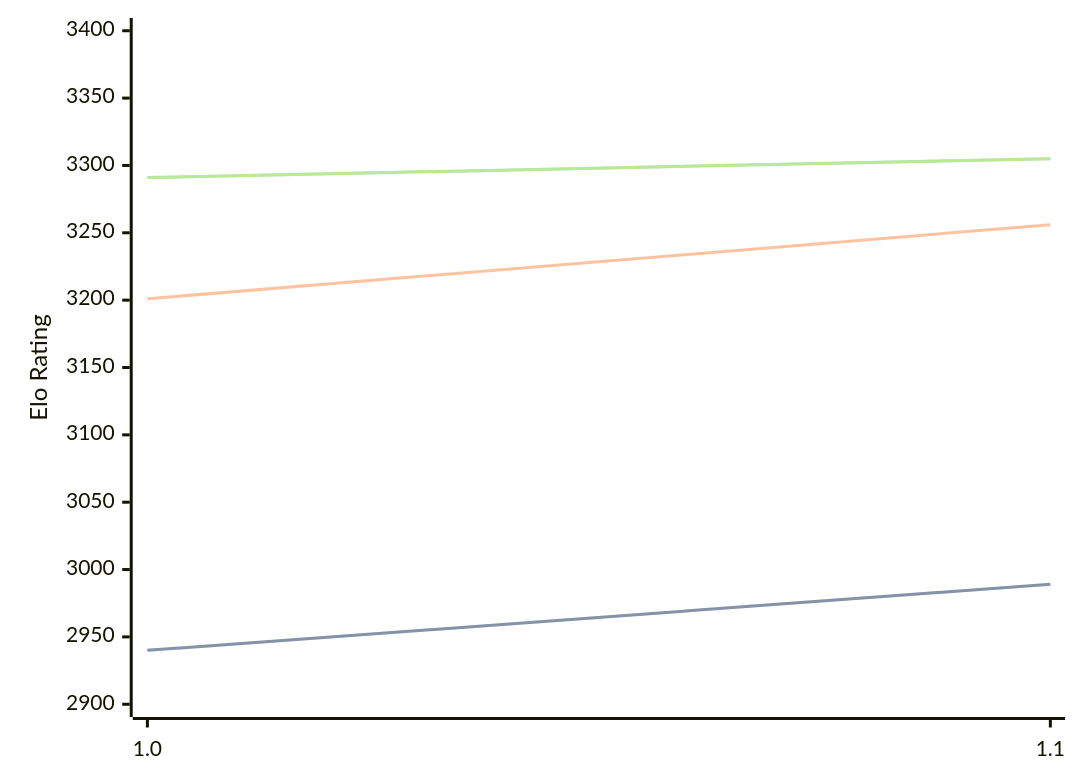
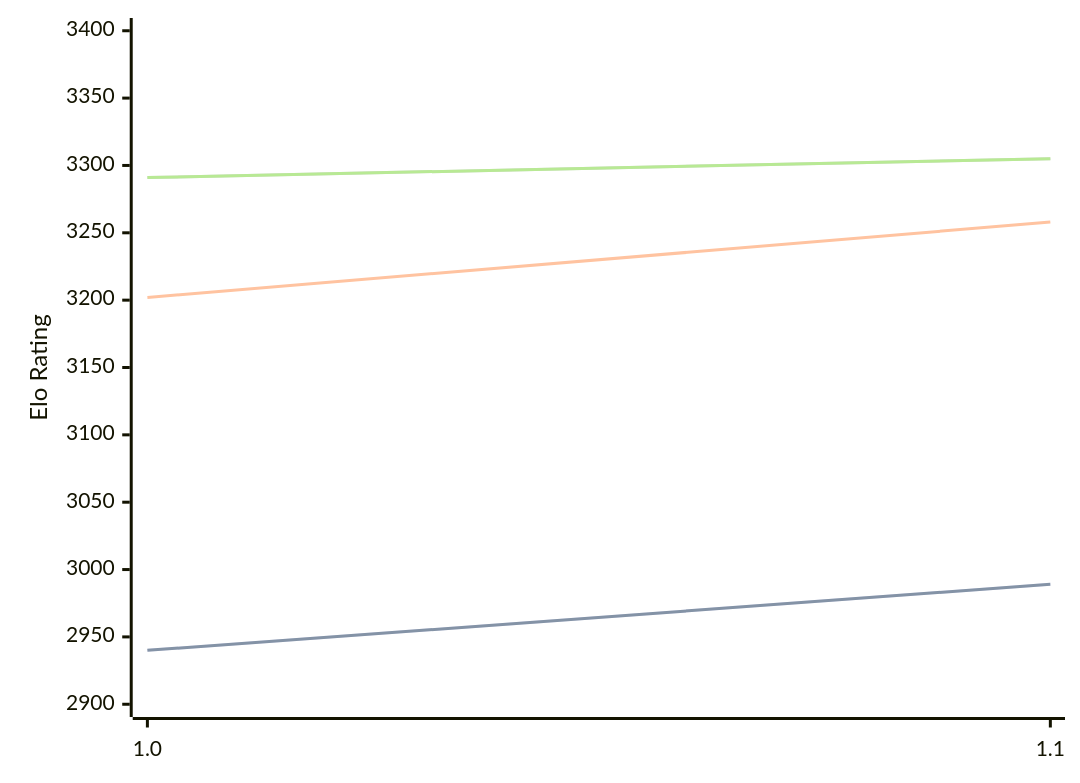
Before and after one commit to computer-chess-index/cci: the diagram in engines/RodentV.md, drawn with Mermaid. The commit also changed other lines of this file, not shown here.

````diff
--- a/engines/RodentV.md
+++ b/engines/RodentV.md
@@ -33,11 +33,11 @@
 ```mermaid
 %%{init: {"theme":"base","themeVariables":{"seriesColors:['#a3a3a3','#222221','#faa371']}}}%%
 xychart-beta
   x-axis ["1.0", "1.1"]
   y-axis "Elo Rating" 2900 --> 3400
   line "" [2940, 2989]
   line "STC (8.0+0.08s)" [2940, 2989]
-  line "LTC (60.0+0.60s)" [3201, 3256]
+  line "LTC (60.0+0.60s)" [3202, 3258]
   line "" [3291, 3305]
   line "VLTC (2m24s+1.12s)" [3291, 3305]
 ```
````
